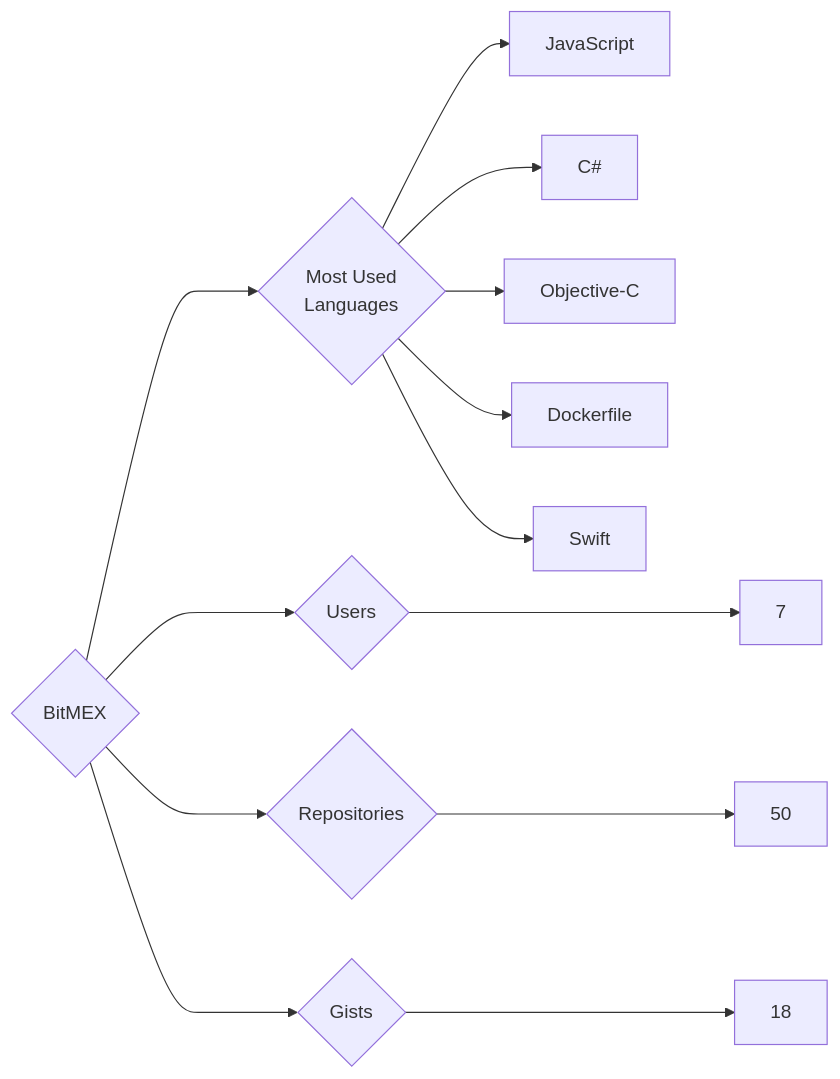
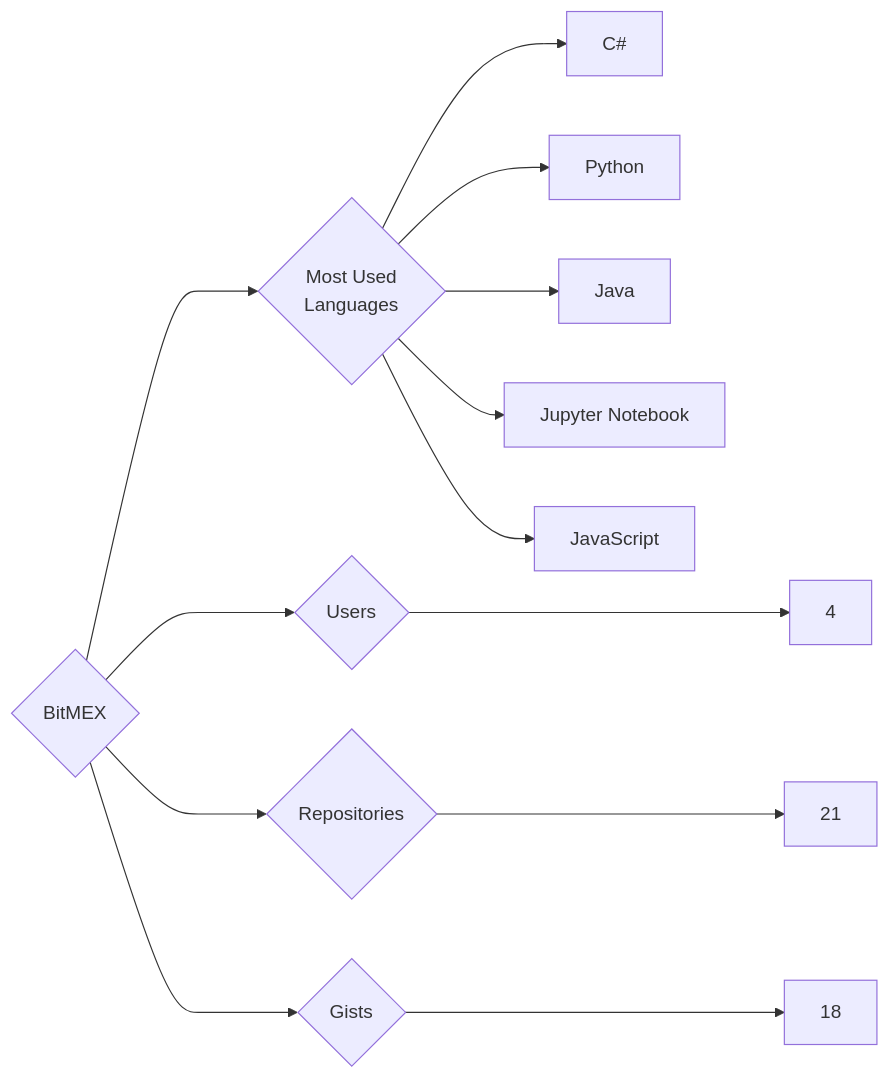
The diagram in targets/BitMEX/README.md (trickest/insiders), drawn with Mermaid before and after one commit. The commit also changed 757 other files, not shown here.

````diff
--- a/targets/BitMEX/README.md
+++ b/targets/BitMEX/README.md
@@ -3,13 +3,13 @@
 ```mermaid
 graph LR
 COMPANY_NAME{BitMEX}
-COMPANY_NAME ---> U{Users} ---> UN[7]
-COMPANY_NAME ---> R{Repositories} ---> RN[50]
+COMPANY_NAME ---> U{Users} ---> UN[4]
+COMPANY_NAME ---> R{Repositories} ---> RN[21]
 COMPANY_NAME ---> G{Gists} ---> GN[18]
 COMPANY_NAME ---> ML{Most Used<br>Languages}
+ML --> C#[C#]
+ML --> Python[Python]
+ML --> Java[Java]
+ML --> Jupyter_Notebook[Jupyter Notebook]
 ML --> JavaScript[JavaScript]
-ML --> C#[C#]
-ML --> Objective-C[Objective-C]
-ML --> Dockerfile[Dockerfile]
-ML --> Swift[Swift]
 ```
````
